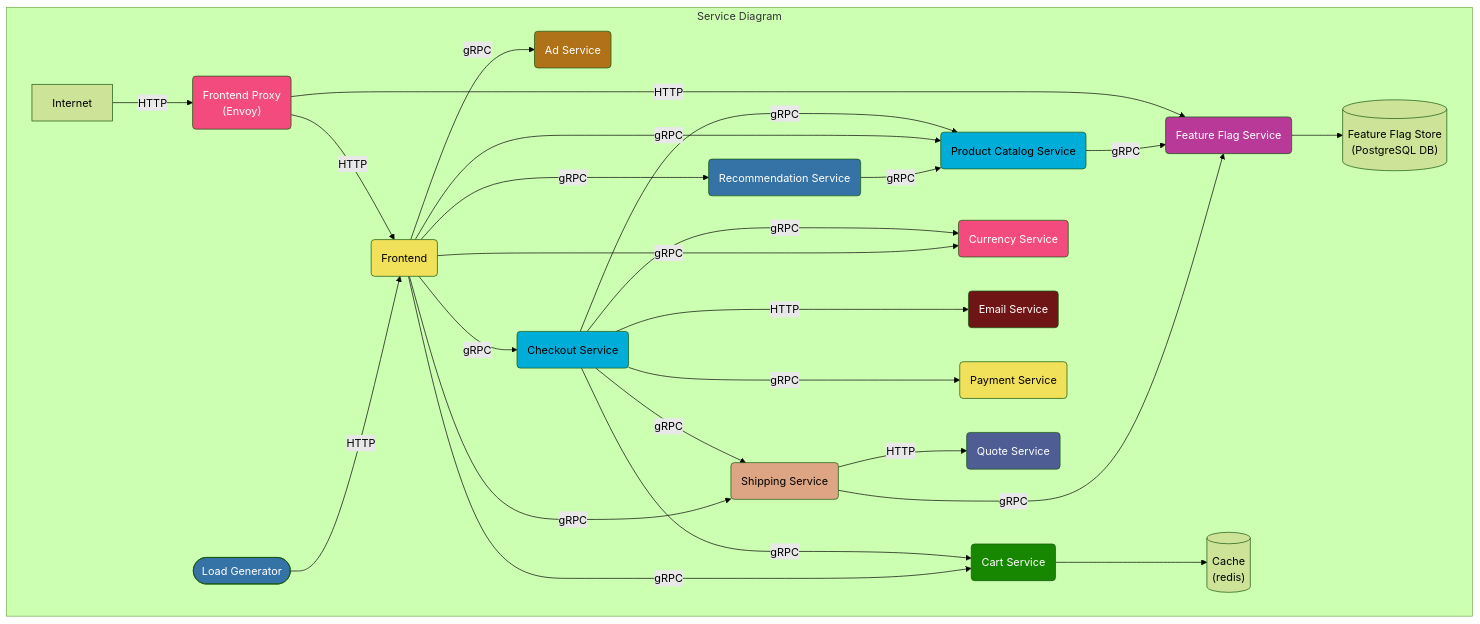
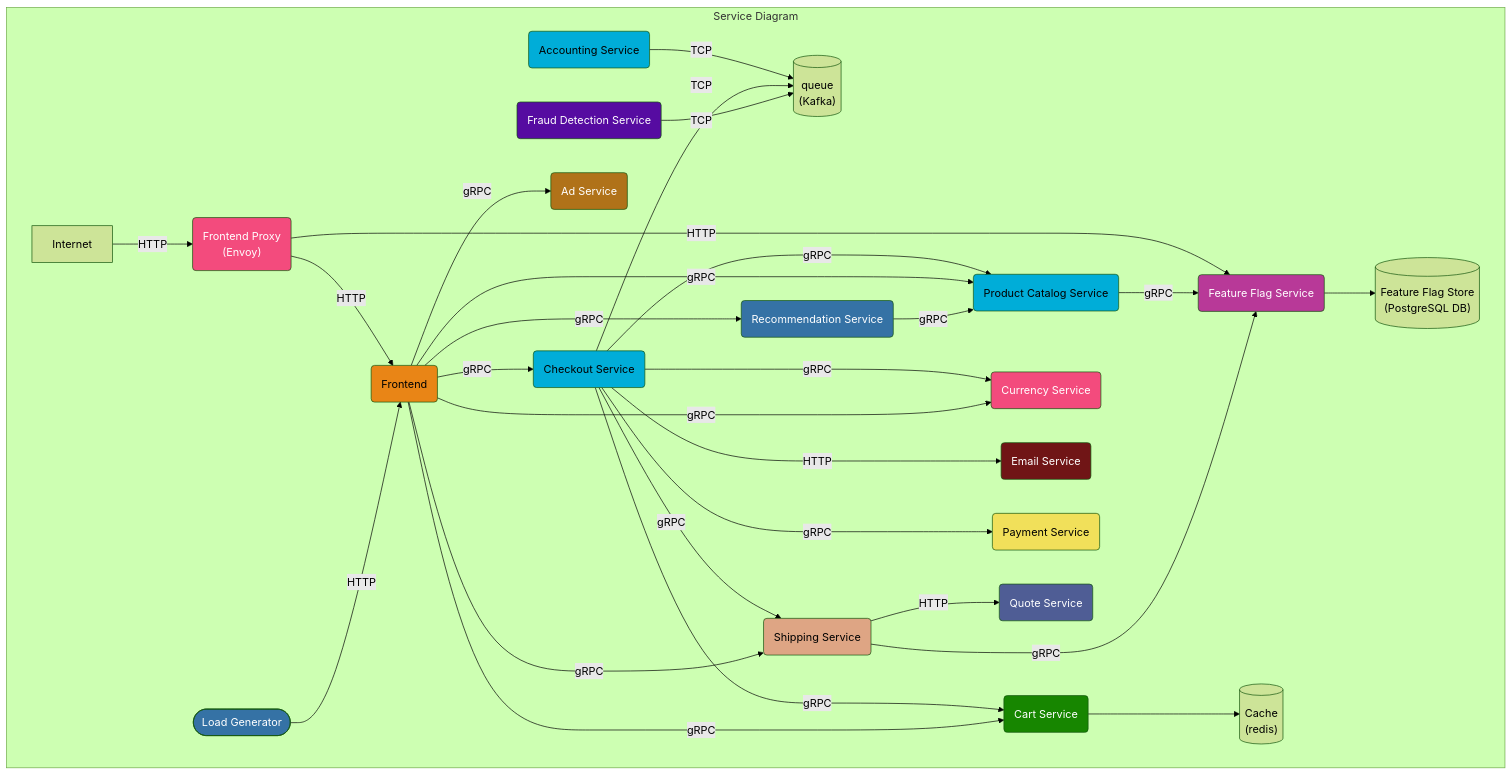
One commit to village-chat/opentelemetry-demo-bench changed the first of 3 diagrams in docs/current_architecture.md. Above: the diagram before and after it, drawn with Mermaid (forest theme). The commit also changed other lines of this file and 48 other files, not shown here.

````diff
--- a/docs/current_architecture.md
+++ b/docs/current_architecture.md
@@ -7,59 +7,69 @@
 ```mermaid
 graph TD
 subgraph Service Diagram
+accountingservice(Accounting Service):::golang
 adservice(Ad Service):::java
 cache[(Cache<br/>&#40redis&#41)]
 cartservice(Cart Service):::dotnet
 checkoutservice(Checkout Service):::golang
 currencyservice(Currency Service):::cpp
 emailservice(Email Service):::ruby
-frontend(Frontend):::javascript
+frauddetectionservice(Fraud Detection Service):::kotlin
+frontend(Frontend):::typescript
 frontendproxy(Frontend Proxy <br/>&#40Envoy&#41):::cpp
 loadgenerator([Load Generator]):::python
 paymentservice(Payment Service):::javascript
 productcatalogservice(Product Catalog Service):::golang
 quoteservice(Quote Service):::php
 recommendationservice(Recommendation Service):::python
 shippingservice(Shipping Service):::rust
 featureflagservice(Feature Flag Service):::erlang
 featureflagstore[(Feature Flag Store<br/>&#40PostgreSQL DB&#41)]
+queue[(queue<br/>&#40Kafka&#41)]
 
 Internet -->|HTTP| frontendproxy
 frontendproxy -->|HTTP| frontend
 frontendproxy -->|HTTP| featureflagservice
 loadgenerator -->|HTTP| frontend
+
+accountingservice -->|TCP| queue
 
 checkoutservice --->|gRPC| cartservice --> cache
 checkoutservice --->|gRPC| productcatalogservice
 checkoutservice --->|gRPC| currencyservice
 checkoutservice --->|HTTP| emailservice
 checkoutservice --->|gRPC| paymentservice
 checkoutservice -->|gRPC| shippingservice
+checkoutservice -->|TCP| queue
 
 frontend -->|gRPC| adservice
 frontend -->|gRPC| cartservice
 frontend -->|gRPC| productcatalogservice
 frontend -->|gRPC| checkoutservice
 frontend -->|gRPC| currencyservice
 frontend -->|gRPC| recommendationservice -->|gRPC| productcatalogservice
 frontend -->|gRPC| shippingservice -->|HTTP| quoteservice
 
+frauddetectionservice -->|TCP| queue
+
 productcatalogservice -->|gRPC| featureflagservice
 
 shippingservice -->|gRPC| featureflagservice
 
 featureflagservice --> featureflagstore
 
 end
 
+classDef dotnet fill:#178600,color:white;
+classDef cpp fill:#f34b7d,color:white;
+classDef erlang fill:#b83998,color:white;
+classDef golang fill:#00add8,color:black;
 classDef java fill:#b07219,color:white;
-classDef dotnet fill:#178600,color:white;
-classDef golang fill:#00add8,color:black;
-classDef cpp fill:#f34b7d,color:white;
+classDef javascript fill:#f1e05a,color:black;
+classDef kotlin fill:#560ba1,color:white;
+classDef php fill:#4f5d95,color:white;
+classDef python fill:#3572A5,color:white;
 classDef ruby fill:#701516,color:white;
-classDef python fill:#3572A5,color:white;
-classDef javascript fill:#f1e05a,color:black;
 classDef rust fill:#dea584,color:black;
-classDef erlang fill:#b83998,color:white;
-classDef php fill:#4f5d95,color:white;
+classDef typescript fill:#e98516,color:black;
 ```
````
